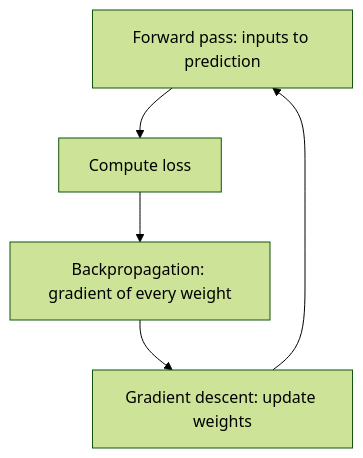
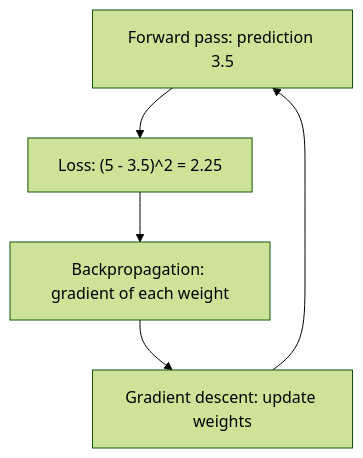
Before and after one commit to kaisarnajar/outcome-school-blogs: the third of 3 diagrams in notes/step-02-deep-learning-and-neural-networks/022-neural-network.md, drawn with Mermaid (forest theme). The commit also changed other lines of this file and 233 other files, not shown here.

````diff
--- a/notes/step-02-deep-learning-and-neural-networks/022-neural-network.md
+++ b/notes/step-02-deep-learning-and-neural-networks/022-neural-network.md
@@ -43,7 +103,7 @@
 ```mermaid
 flowchart TD
-    A["Forward pass: inputs to prediction"] --> B["Compute loss"]
-    B --> C["Backpropagation: gradient of every weight"]
-    C --> D["Gradient descent: update weights"]
-    D --> A
+    T1["Forward pass: prediction 3.5"] --> T2["Loss: (5 - 3.5)^2 = 2.25"]
+    T2 --> T3["Backpropagation: gradient of each weight"]
+    T3 --> T4["Gradient descent: update weights"]
+    T4 --> T1
 ```
````
